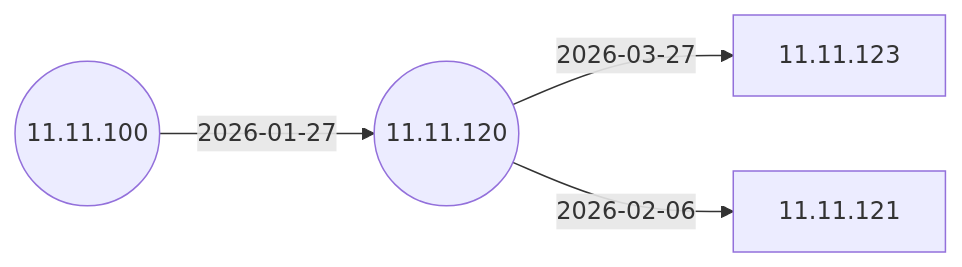
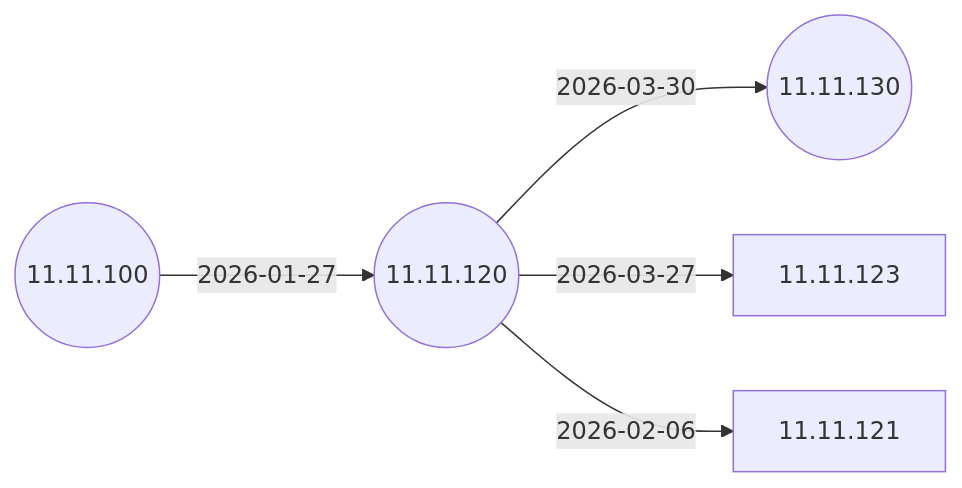
Before and after one commit to IGEL-Community/IGEL-Docs-v02: the second of 7 diagrams in docs/Docs/ReleaseNotes/01-OS11/README.md, drawn with Mermaid. The commit also changed 2 other files, not shown here.

Commit message:
11.11.130 from 11.11.120 11.11.130 from 11.11.120

````diff
--- a/docs/Docs/ReleaseNotes/01-OS11/README.md
+++ b/docs/Docs/ReleaseNotes/01-OS11/README.md
@@ -42,11 +42,13 @@
 ```mermaid
 flowchart LR
+    11.11.120-- 2026-03-30 -->11.11.130((11.11.130))
     11.11.120-- 2026-03-27 -->11.11.123
     11.11.120-- 2026-02-06 -->11.11.121
     11.11.100-- 2026-01-27 -->11.11.120((11.11.120))
     11.11.100((11.11.100))
+    click 11.11.130 "https://github.com/IGEL-Community/IGEL-Docs-v02/tree/main/docs/Docs/ReleaseNotes/01-OS11/readme11.11.130.txt" _blank
     click 11.11.123 "https://github.com/IGEL-Community/IGEL-Docs-v02/tree/main/docs/Docs/ReleaseNotes/01-OS11/readme11.11.123.txt" _blank
     click 11.11.121 "https://github.com/IGEL-Community/IGEL-Docs-v02/tree/main/docs/Docs/ReleaseNotes/01-OS11/readme11.11.121.txt" _blank
     click 11.11.120 "https://github.com/IGEL-Community/IGEL-Docs-v02/tree/main/docs/Docs/ReleaseNotes/01-OS11/readme11.11.120.txt" _blank
     click 11.11.100 "https://github.com/IGEL-Community/IGEL-Docs-v02/tree/main/docs/Docs/ReleaseNotes/01-OS11/readme11.11.100.txt" _blank
 ```
````
